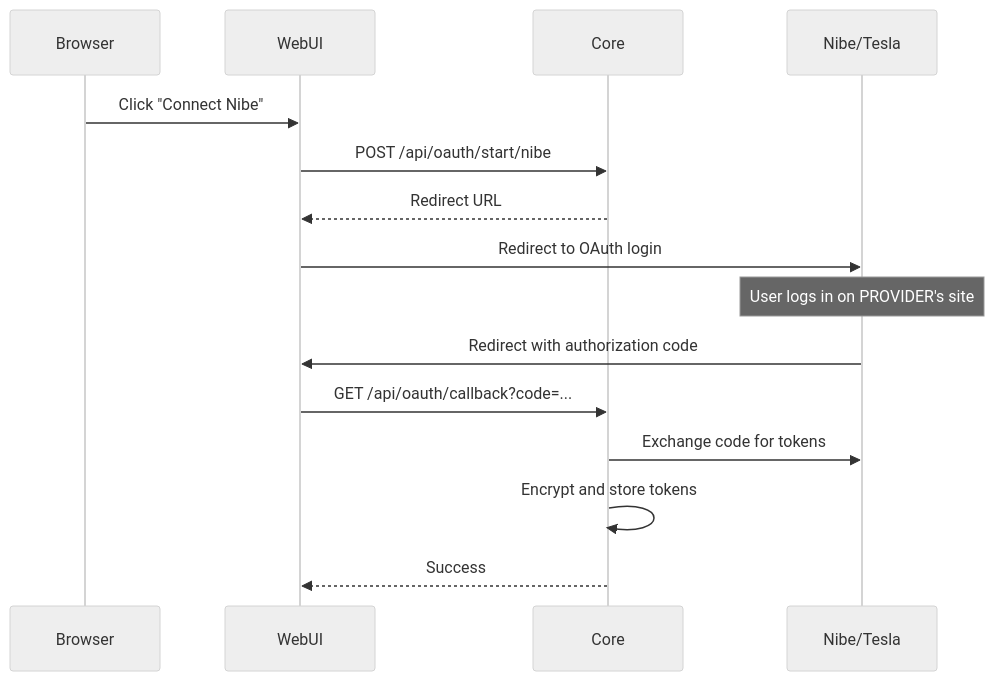
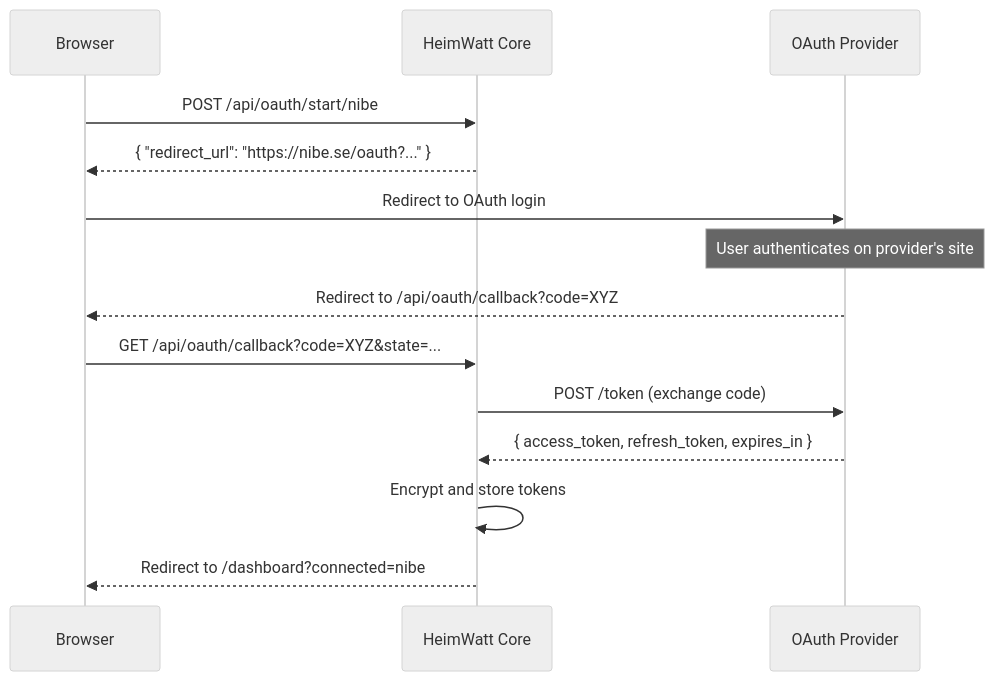
The diagram in Manual/security.md (jimmyjordanSWE/HeimWatt), drawn with Mermaid (neutral theme) before and after one commit. The commit also changed other lines of this file and 33 other files, not shown here.

````diff
--- a/Manual/security.md
+++ b/Manual/security.md
@@ -129,18 +285,17 @@
 ```mermaid
 sequenceDiagram
-    participant User as Browser
-    participant WebUI
-    participant Core
-    participant Provider as Nibe/Tesla
+    participant Browser
+    participant Core as HeimWatt Core
+    participant Provider as OAuth Provider
 
-    User->>WebUI: Click "Connect Nibe"
-    WebUI->>Core: POST /api/oauth/start/nibe
-    Core-->>WebUI: Redirect URL
-    WebUI->>Provider: Redirect to OAuth login
-    Note over Provider: User logs in on PROVIDER's site
-    Provider->>WebUI: Redirect with authorization code
-    WebUI->>Core: GET /api/oauth/callback?code=...
-    Core->>Provider: Exchange code for tokens
+    Browser->>Core: POST /api/oauth/start/nibe
+    Core-->>Browser: { "redirect_url": "https://nibe.se/oauth?..." }
+    Browser->>Provider: Redirect to OAuth login
+    Note over Provider: User authenticates on provider's site
+    Provider-->>Browser: Redirect to /api/oauth/callback?code=XYZ
+    Browser->>Core: GET /api/oauth/callback?code=XYZ&state=...
+    Core->>Provider: POST /token (exchange code)
+    Provider-->>Core: { access_token, refresh_token, expires_in }
     Core->>Core: Encrypt and store tokens
-    Core-->>WebUI: Success
+    Core-->>Browser: Redirect to /dashboard?connected=nibe
 ```
````
